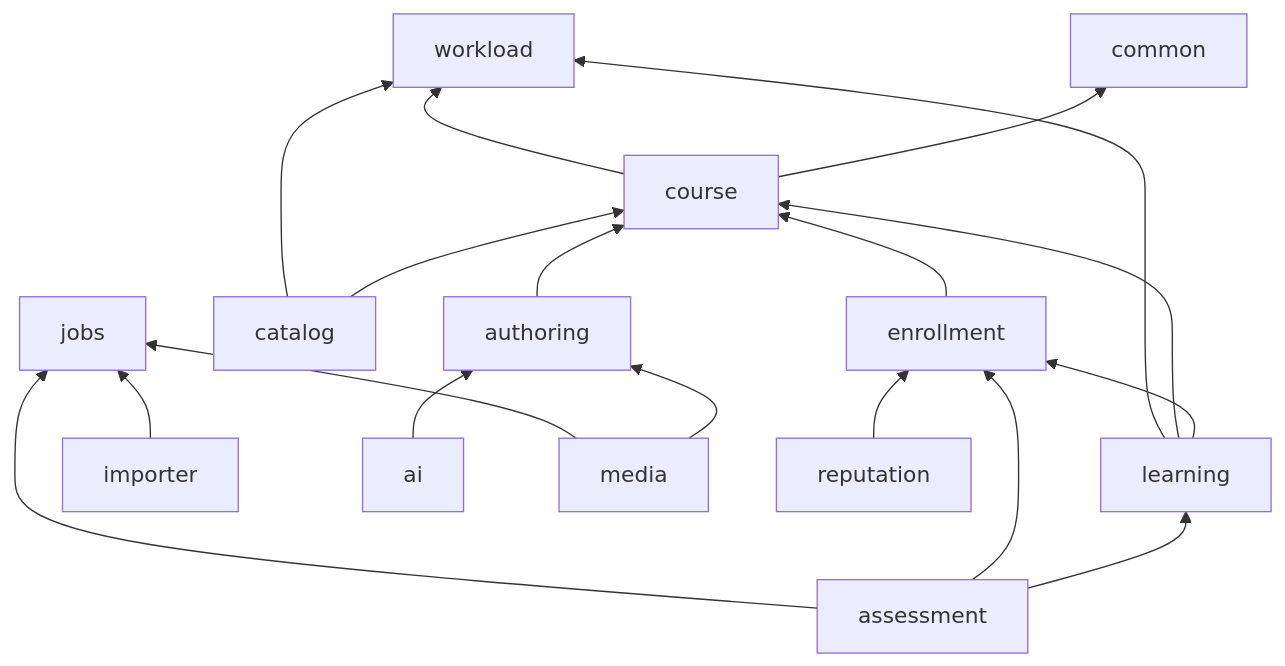
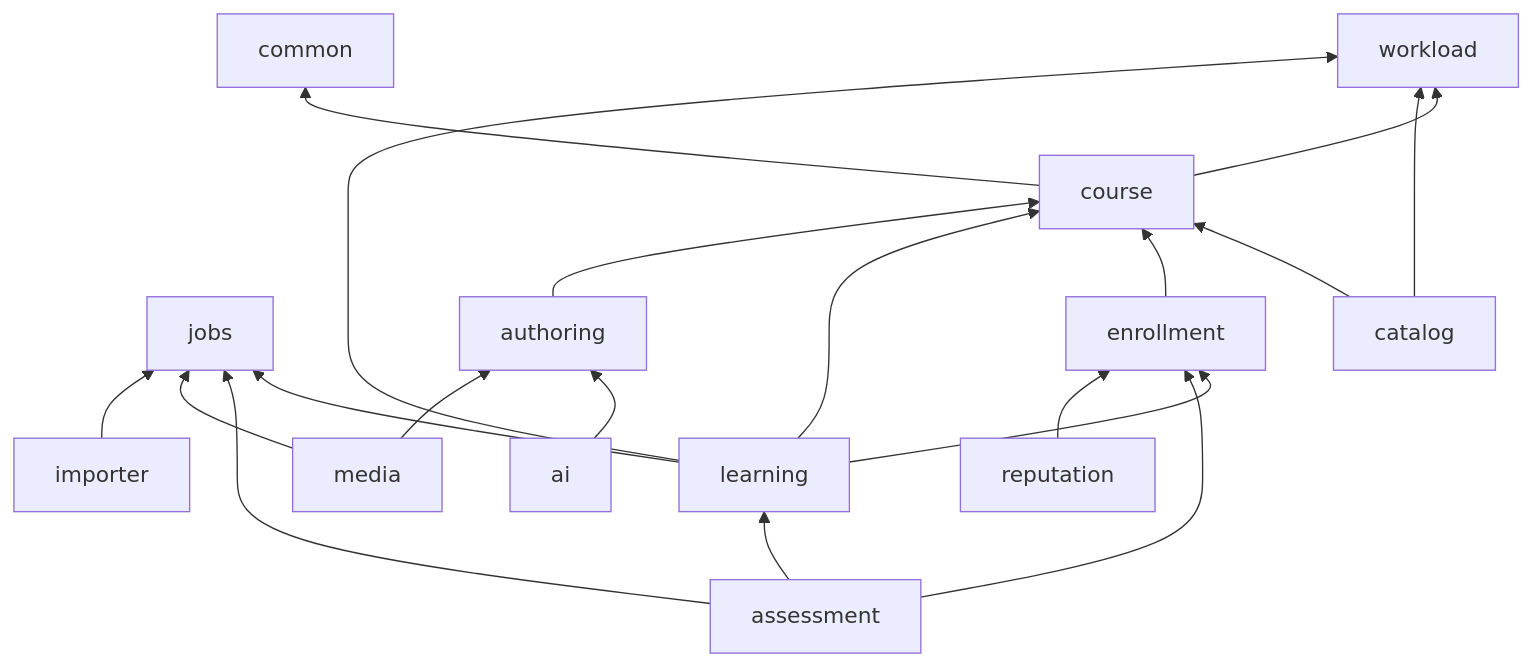
One commit to wasichai/elearning-backend changed the second of 3 diagrams in docs/architecture/overview.md. Above: the diagram before and after it, drawn with Mermaid. The commit also changed 8 other files, not shown here.

````diff
--- a/docs/architecture/overview.md
+++ b/docs/architecture/overview.md
@@ -113,24 +113,25 @@
 ```mermaid
 flowchart BT
     common
     workload
     jobs
     course --> common
     course --> workload
     catalog --> course
     catalog --> workload
     enrollment --> course
     learning --> enrollment
     learning --> course
     learning --> workload
+    learning --> jobs
     assessment --> learning
     assessment --> enrollment
     assessment --> jobs
     authoring --> course
     importer
     ai --> authoring
     media --> authoring
     media --> jobs
     reputation --> enrollment
     importer --> jobs
 ```
````
